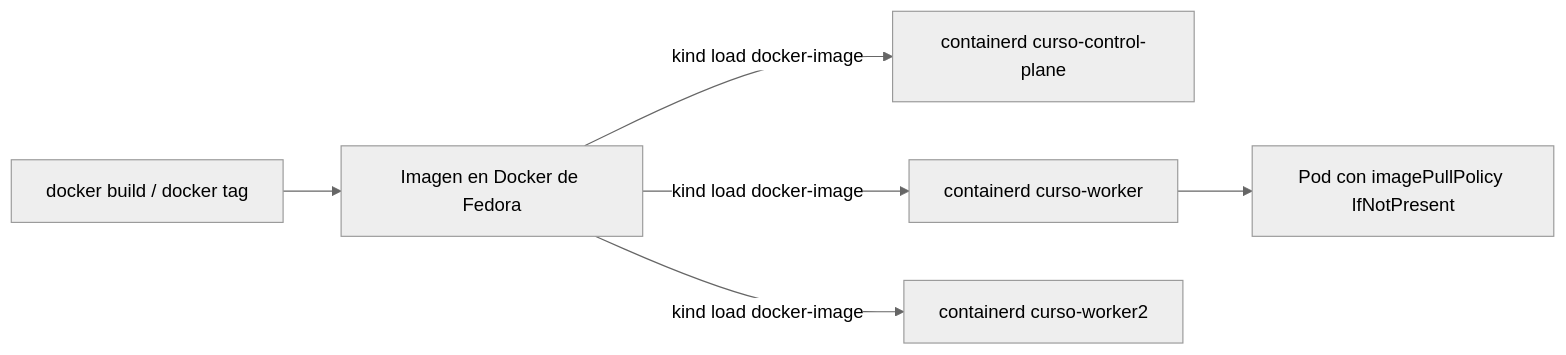
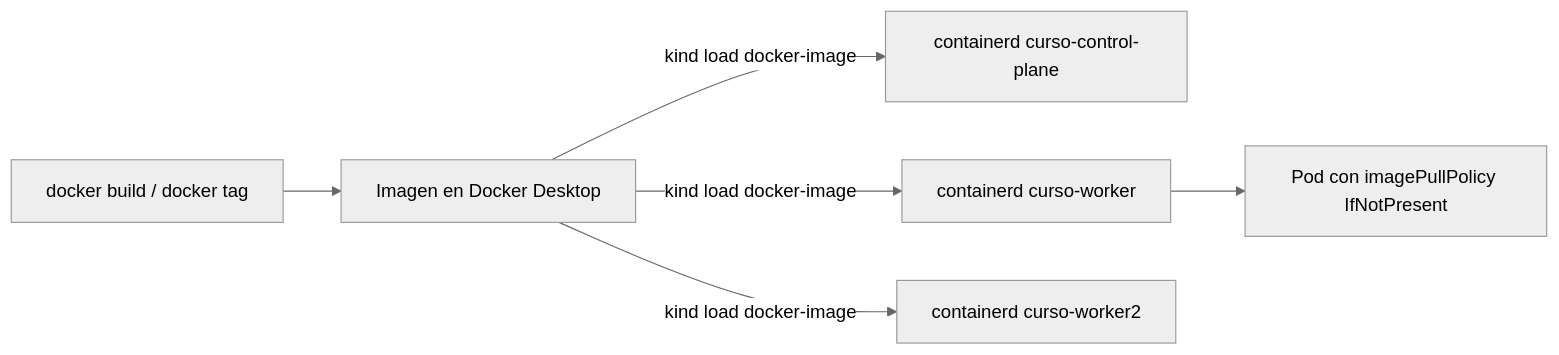
The fourth of 4 diagrams in 01-cluster-kind/README.md (devbryan02/k8s-curso-practico), drawn with Mermaid (neutral theme) before and after one commit. The commit also changed other lines of this file and 17 other files, not shown here.

````diff
--- a/01-cluster-kind/README.md
+++ b/01-cluster-kind/README.md
@@ -149,8 +150,8 @@
 ```mermaid
 flowchart LR
-    BUILD["docker build / docker tag"] --> DIMG["Imagen en Docker de Fedora"]
+    BUILD["docker build / docker tag"] --> DIMG["Imagen en Docker Desktop"]
     DIMG -- "kind load docker-image" --> N0["containerd curso-control-plane"]
     DIMG -- "kind load docker-image" --> N1["containerd curso-worker"]
     DIMG -- "kind load docker-image" --> N2["containerd curso-worker2"]
     N1 --> POD["Pod con imagePullPolicy IfNotPresent"]
 ```
````
